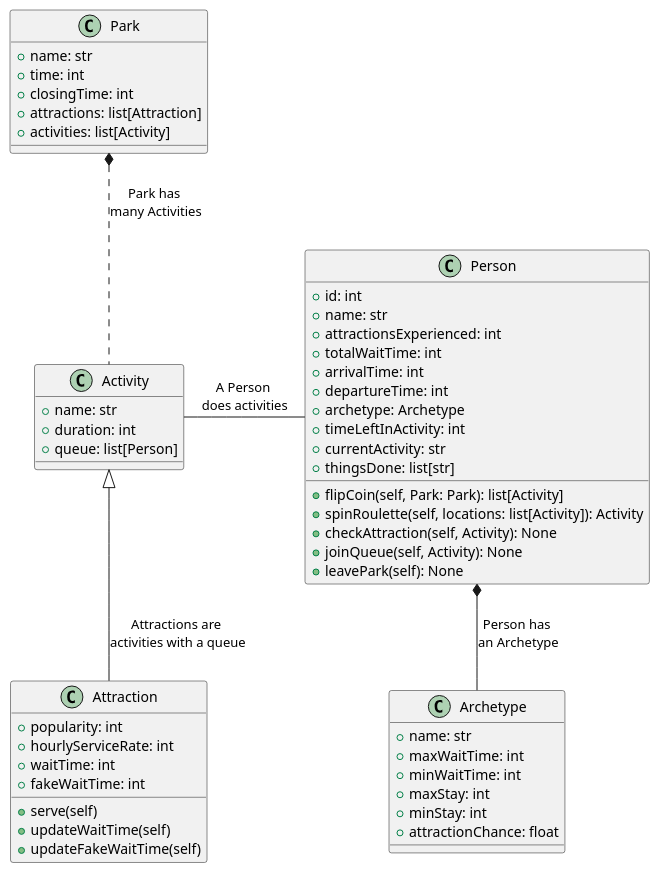
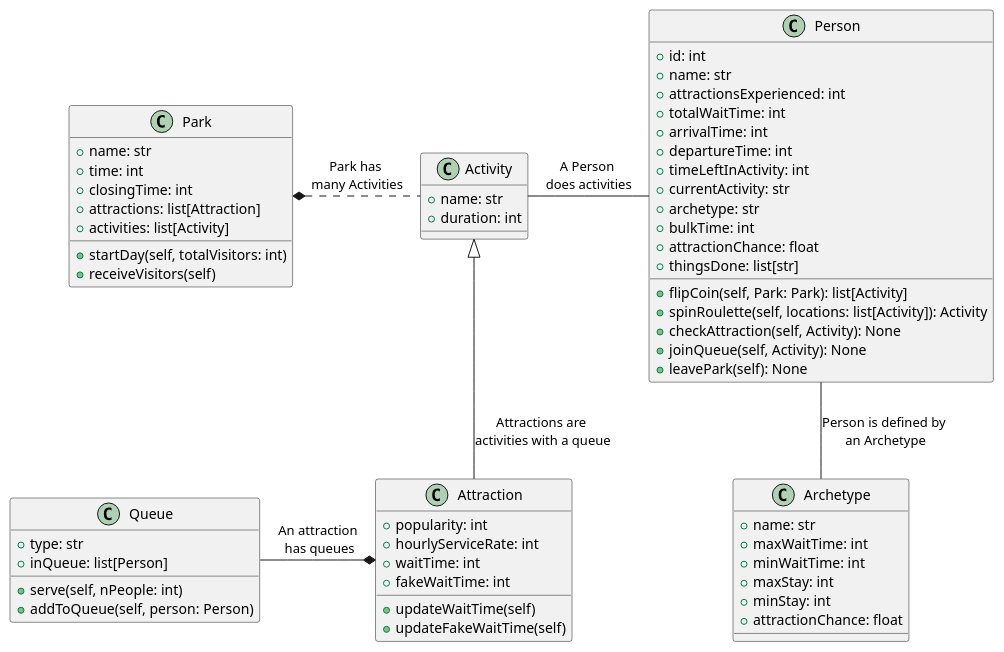
Before and after one commit to MrDahaniel/uisFiles: the diagram in 7mo Semestre/Simulación Digital/Proyecto Final/Desarrollo/Planning/Class Diagrams/Park.plantuml, drawn with PlantUML. The commit also changed 8 other files, not shown here.

```diff
--- a/7mo Semestre/Simulación Digital/Proyecto Final/Desarrollo/Planning/Class Diagrams/Park.plantuml
+++ b/7mo Semestre/Simulación Digital/Proyecto Final/Desarrollo/Planning/Class Diagrams/Park.plantuml
@@ -1,79 +1,93 @@
 @startuml
 
      ' skinparam style strictuml
      skinparam defaultTextAlignment center
 
      ' Class Declaration
      class Person {
           ' Variables
           +id: int
           +name: str
           +attractionsExperienced: int
           +totalWaitTime: int
           +arrivalTime: int
           +departureTime: int
-          +archetype: Archetype
           +timeLeftInActivity: int
           +currentActivity: str
+          +archetype: str
+          +bulkTime: int
+          +attractionChance: float
           +thingsDone: list[str]
+
 
           ' Methods
           +flipCoin(self, Park: Park): list[Activity]
           +spinRoulette(self, locations: list[Activity]): Activity
           +checkAttraction(self, Activity): None
           +joinQueue(self, Activity): None
           +leavePark(self): None
      }
 
      class Archetype {
           ' Variables
           +name: str
           +maxWaitTime: int
           +minWaitTime: int
           +maxStay: int
           +minStay: int
           +attractionChance: float
 
           ' Methods
 
      }
 
      class Activity {
           ' Variables
           +name: str
           +duration: int
-          +queue: list[Person]
 
      }
 
      class Attraction {
           ' Variables
           +popularity: int
           +hourlyServiceRate: int
           +waitTime: int
           +fakeWaitTime: int
           ' Methods
           
-          +serve(self)
           +updateWaitTime(self)
           +updateFakeWaitTime(self)
      }
 
      class Park {
           ' Variables
           +name: str
           +time: int
           +closingTime: int
           +attractions: list[Attraction]
           +activities: list[Activity]
 
           ' Methods
+          +startDay(self, totalVisitors: int)
+          +receiveVisitors(self)
+     }
+
+     class Queue {
+          ' Variables
+          +type: str
+          +inQueue: list[Person]
+
+          ' Methods
+          +serve(self, nPeople: int)
+          +addToQueue(self, person: Person)
      }
 
      ' Relationships
-     Park *.. Activity : Park has \nmany Activities
+     Park *.right. Activity : Park has \nmany Activities
      Activity <|-- Attraction : Attractions are \nactivities with a queue
      Person -left-  Activity : A Person \ndoes activities
-     Person *-- Archetype : Person has \nan Archetype
+     Person -- Archetype : Person is defined by \nan Archetype
+     Attraction *-left- Queue : An attraction\n has queues
 
 @enduml
```
